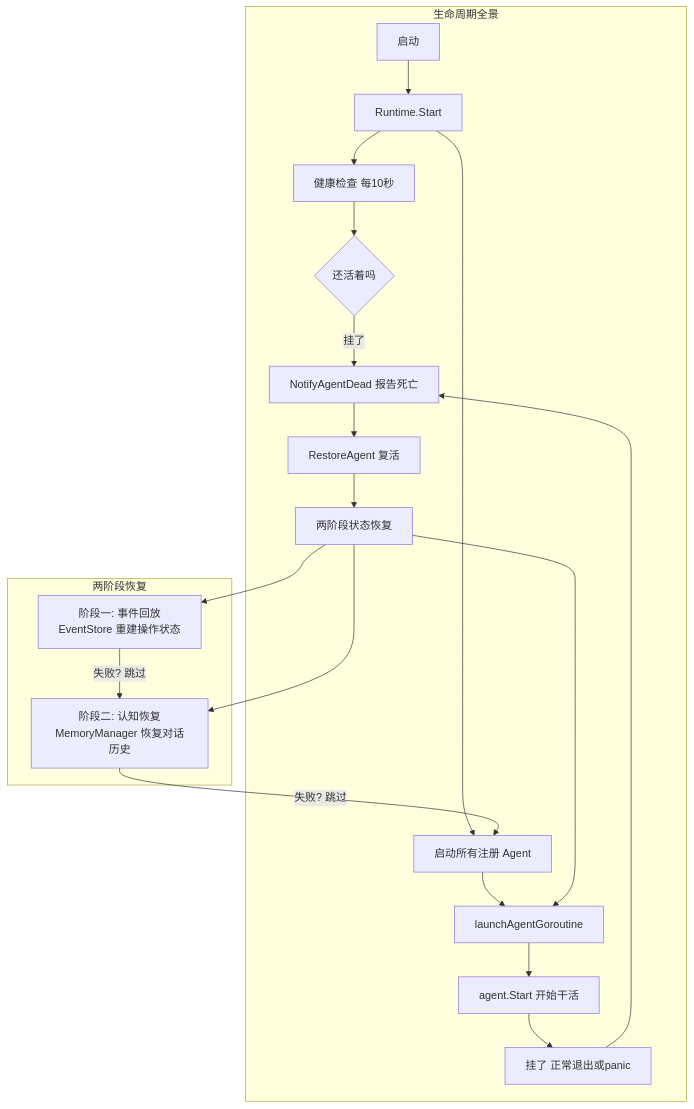
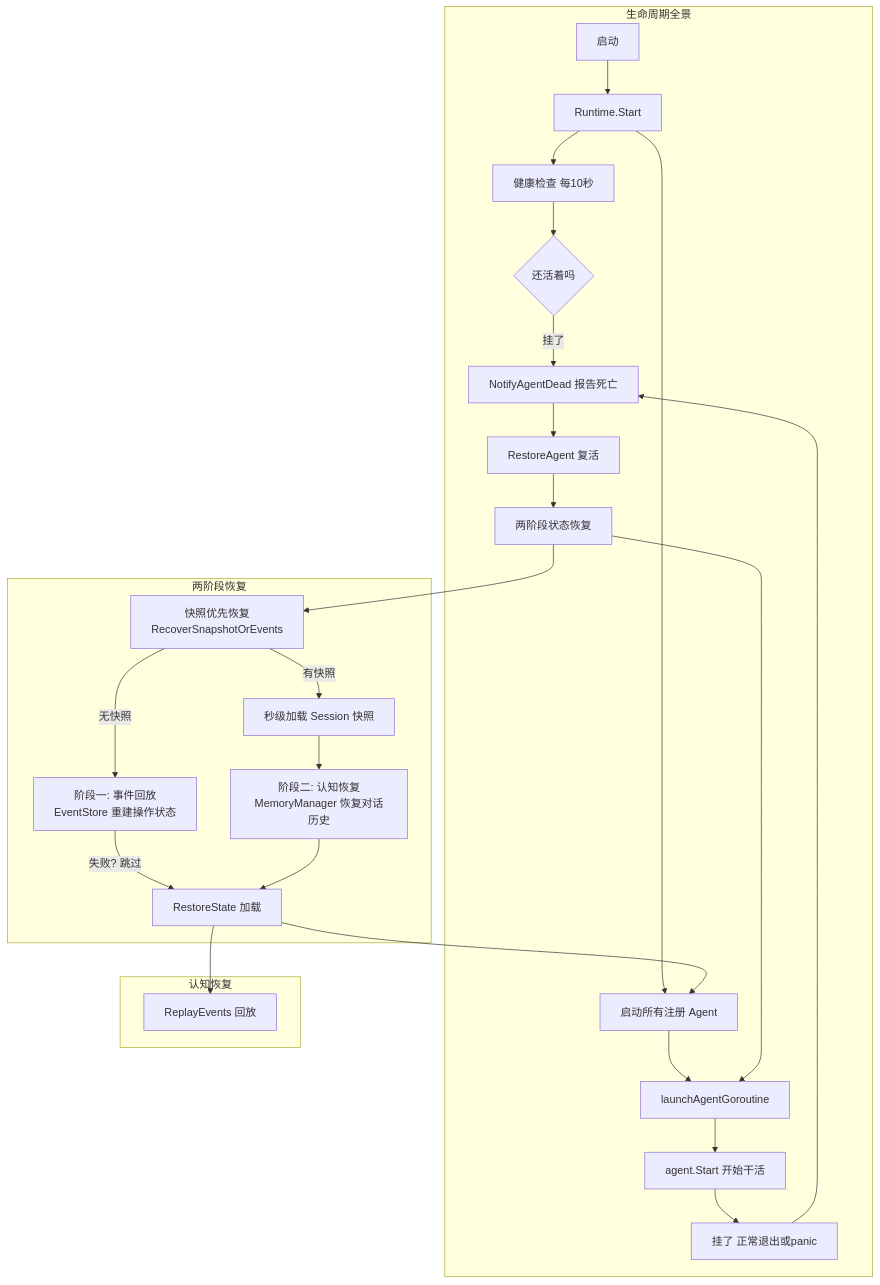
The first of 7 diagrams in docs/articles/zh/runtime-lifecycle-deep-dive.md (Timwood0x10/ARES), drawn with Mermaid before and after one commit. The commit also changed other lines of this file and 380 other files, not shown here.

````diff
--- a/docs/articles/zh/runtime-lifecycle-deep-dive.md
+++ b/docs/articles/zh/runtime-lifecycle-deep-dive.md
@@ -35,24 +35,31 @@
 ```mermaid
 graph TB
     subgraph 生命周期全景
         B[启动] --> RS[Runtime.Start]
         RS --> HC[健康检查 每10秒]
         RS --> LAUNCH[启动所有注册 Agent]
         LAUNCH --> AG[launchAgentGoroutine]
         AG --> AE[agent.Start 开始干活]
         AE --> GE[挂了 正常退出或panic]
         GE --> NAD[NotifyAgentDead 报告死亡]
         NAD --> RA[RestoreAgent 复活]
         RA --> S3[两阶段状态恢复]
         S3 --> AG
         HC --> HB{还活着吗}
         HB -->|挂了| NAD
     end
 
     subgraph 两阶段恢复
-        S3 --> S3A[阶段一: 事件回放<br/>EventStore 重建操作状态]
-        S3 --> S3B[阶段二: 认知恢复<br/>MemoryManager 恢复对话历史]
+        S3 --> S3S[快照优先恢复<br/>RecoverSnapshotOrEvents]
+        S3S -->|有快照| S3SS[秒级加载 Session 快照]
+        S3SS --> S3E
+        S3S -->|无快照| S3A[阶段一: 事件回放<br/>EventStore 重建操作状态]
         S3A -->|失败? 跳过| S3B
-        S3B -->|失败? 跳过| LAUNCH
+        S3B --> LAUNCH
+    end
+
+    subgraph 认知恢复
+        S3E[阶段二: 认知恢复<br/>MemoryManager 恢复对话历史] --> S3B[RestoreState 加载]
+        S3B --> RP[ReplayEvents 回放]
     end
 ```
````
